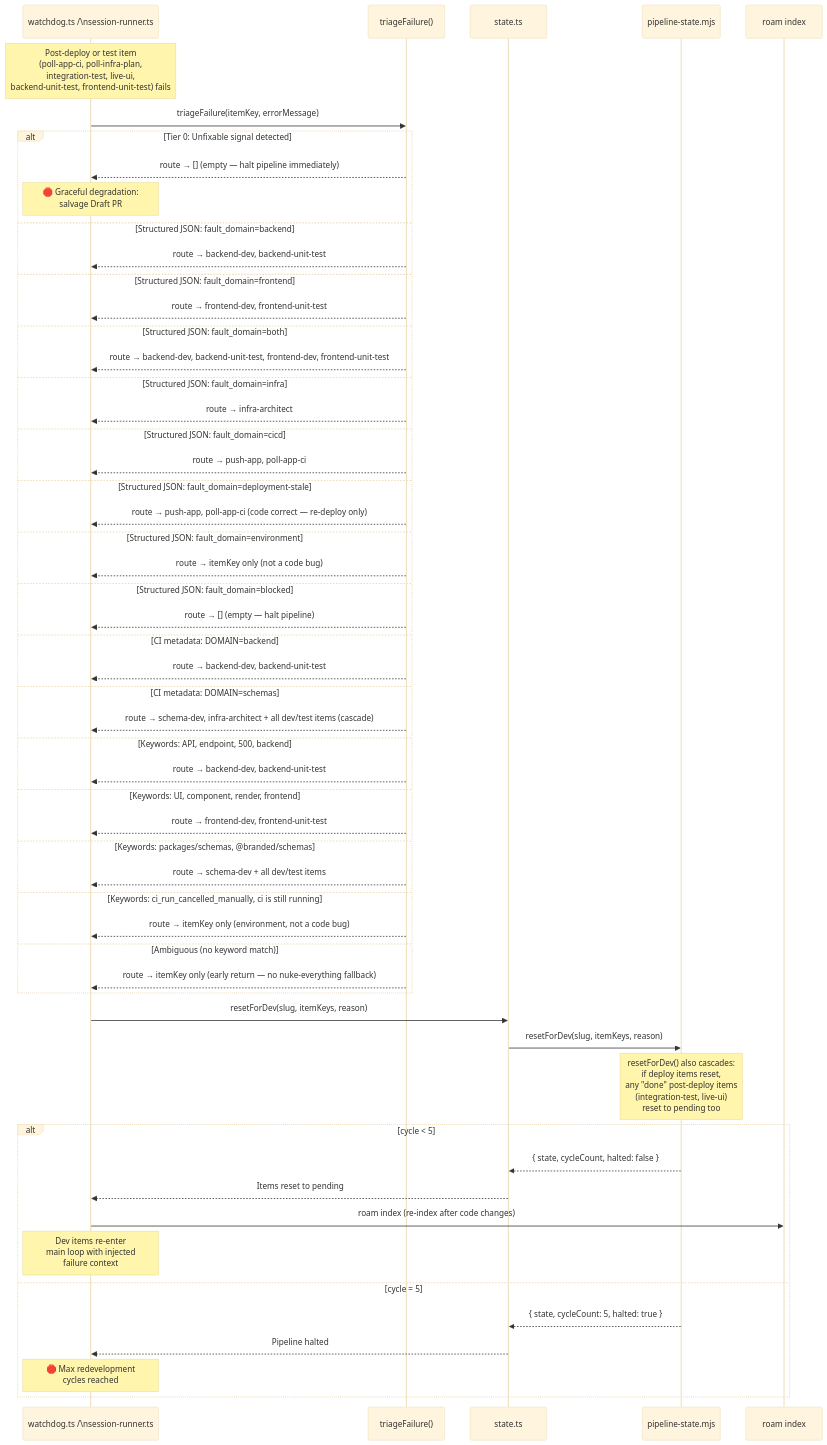
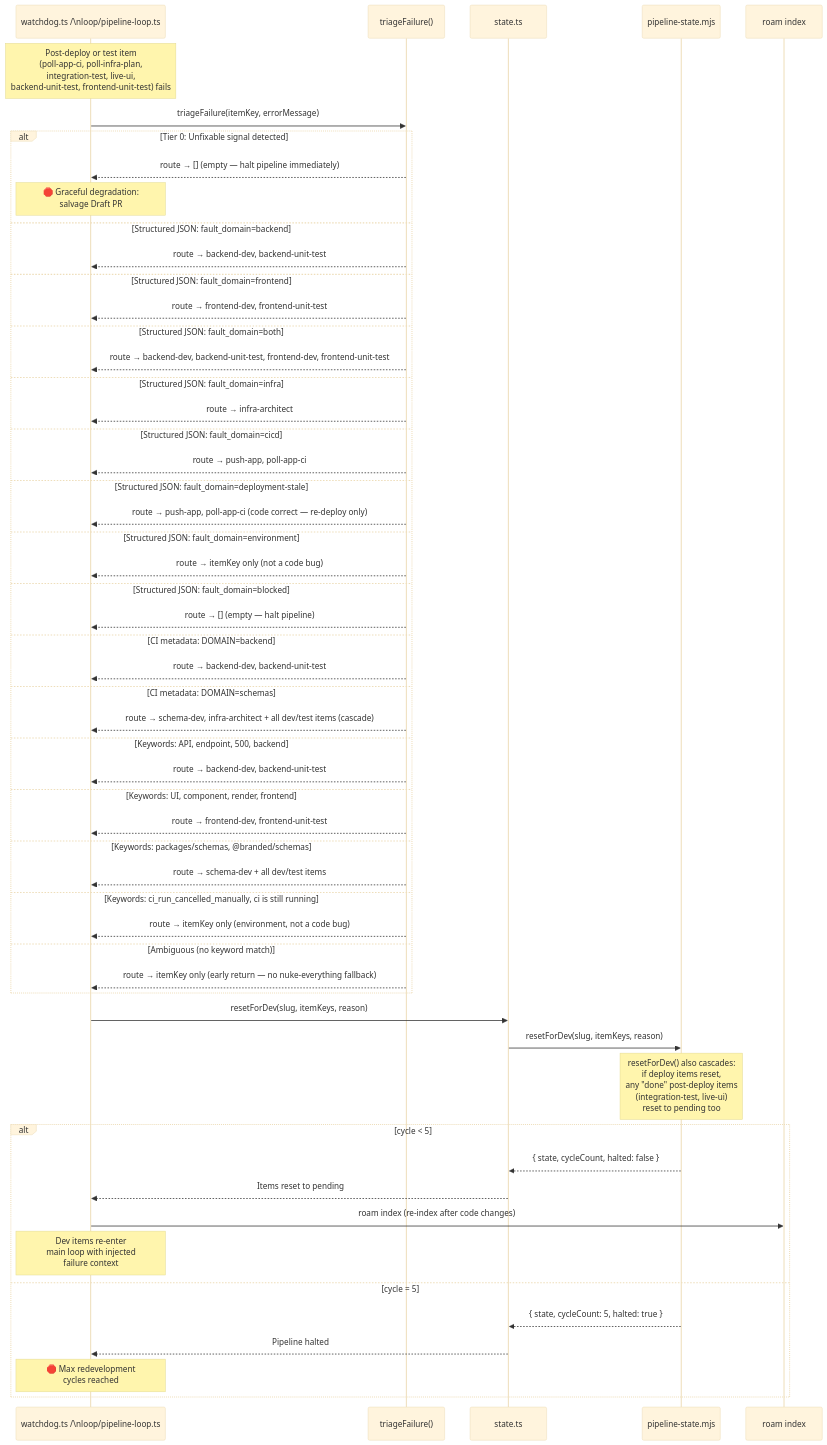
One commit to RomanKaliupinMelonusa/DAGent-t changed the fourth of 7 diagrams in tools/autonomous-factory/docs/04-state-machine.md. Above: the diagram before and after it, drawn with Mermaid (base theme). The commit also changed other lines of this file and 33 other files, not shown here.

````diff
--- a/tools/autonomous-factory/docs/04-state-machine.md
+++ b/tools/autonomous-factory/docs/04-state-machine.md
@@ -230,63 +230,63 @@
 ```mermaid
 sequenceDiagram
-    participant W as watchdog.ts /\nsession-runner.ts
+    participant W as watchdog.ts /\nloop/pipeline-loop.ts
     participant TF as triageFailure()
     participant S as state.ts
     participant PS as pipeline-state.mjs
     participant R as roam index
 
     Note over W: Post-deploy or test item<br/>(poll-app-ci, poll-infra-plan,<br/>integration-test, live-ui,<br/>backend-unit-test, frontend-unit-test) fails
 
     W->>TF: triageFailure(itemKey, errorMessage)
 
     alt Tier 0: Unfixable signal detected
         TF-->>W: route → [] (empty — halt pipeline immediately)
         Note over W: 🛑 Graceful degradation:<br/>salvage Draft PR
     else Structured JSON: fault_domain=backend
         TF-->>W: route → backend-dev, backend-unit-test
     else Structured JSON: fault_domain=frontend
         TF-->>W: route → frontend-dev, frontend-unit-test
     else Structured JSON: fault_domain=both
         TF-->>W: route → backend-dev, backend-unit-test, frontend-dev, frontend-unit-test
     else Structured JSON: fault_domain=infra
         TF-->>W: route → infra-architect
     else Structured JSON: fault_domain=cicd
         TF-->>W: route → push-app, poll-app-ci
     else Structured JSON: fault_domain=deployment-stale
         TF-->>W: route → push-app, poll-app-ci (code correct — re-deploy only)
     else Structured JSON: fault_domain=environment
         TF-->>W: route → itemKey only (not a code bug)
     else Structured JSON: fault_domain=blocked
         TF-->>W: route → [] (empty — halt pipeline)
     else CI metadata: DOMAIN=backend
         TF-->>W: route → backend-dev, backend-unit-test
     else CI metadata: DOMAIN=schemas
         TF-->>W: route → schema-dev, infra-architect + all dev/test items (cascade)
     else Keywords: API, endpoint, 500, backend
         TF-->>W: route → backend-dev, backend-unit-test
     else Keywords: UI, component, render, frontend
         TF-->>W: route → frontend-dev, frontend-unit-test
     else Keywords: packages/schemas, @branded/schemas
         TF-->>W: route → schema-dev + all dev/test items
     else Keywords: ci_run_cancelled_manually, ci is still running
         TF-->>W: route → itemKey only (environment, not a code bug)
     else Ambiguous (no keyword match)
         TF-->>W: route → itemKey only (early return — no nuke-everything fallback)
     end
 
     W->>S: resetForDev(slug, itemKeys, reason)
     S->>PS: resetForDev(slug, itemKeys, reason)
 
     Note over PS: resetForDev() also cascades:<br/>if deploy items reset,<br/>any "done" post-deploy items<br/>(integration-test, live-ui)<br/>reset to pending too
 
     alt cycle < 5
         PS-->>S: { state, cycleCount, halted: false }
         S-->>W: Items reset to pending
         W->>R: roam index (re-index after code changes)
         Note over W: Dev items re-enter<br/>main loop with injected<br/>failure context
     else cycle = 5
         PS-->>S: { state, cycleCount: 5, halted: true }
         S-->>W: Pipeline halted
         Note over W: 🛑 Max redevelopment<br/>cycles reached
     end
 ```
````
